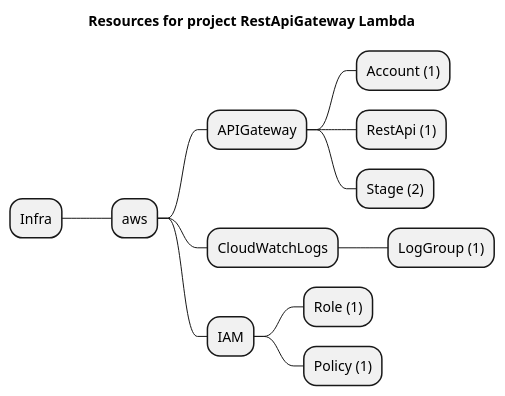
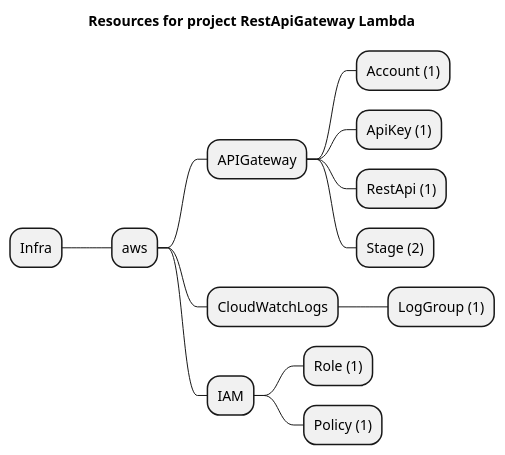
Before and after one commit to grucloud/grucloud: the diagram in examples/aws/api-gateway/restapi-lambda/artifacts/resources-mindmap.puml, drawn with PlantUML. The commit also changed 28 other files, not shown here.

```diff
--- a/examples/aws/api-gateway/restapi-lambda/artifacts/resources-mindmap.puml
+++ b/examples/aws/api-gateway/restapi-lambda/artifacts/resources-mindmap.puml
@@ -1,15 +1,16 @@
 @startmindmap
 title Resources for project RestApiGateway Lambda
 skinparam monochrome true
 + Infra
 ++ aws
 +++ APIGateway
 ++++ Account (1)
+++++ ApiKey (1)
 ++++ RestApi (1)
 ++++ Stage (2)
 +++ CloudWatchLogs
 ++++ LogGroup (1)
 +++ IAM
 ++++ Role (1)
 ++++ Policy (1)
 @endmindmap
```
